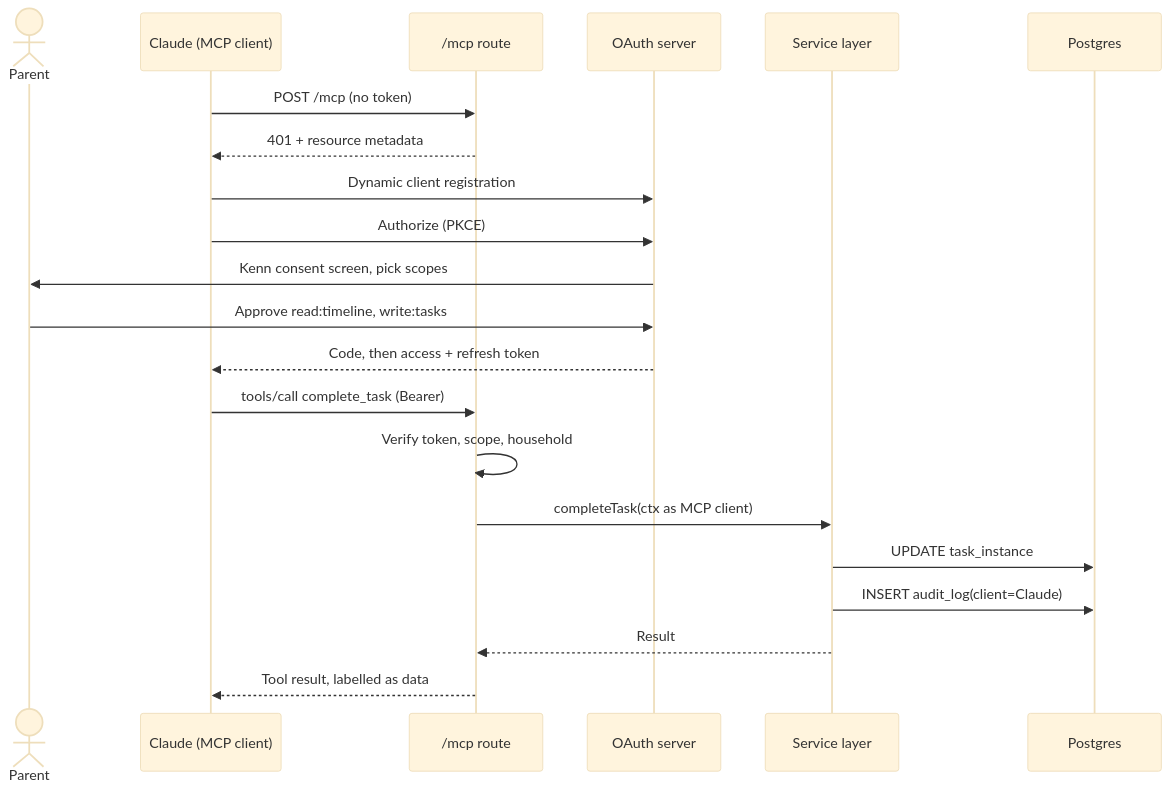
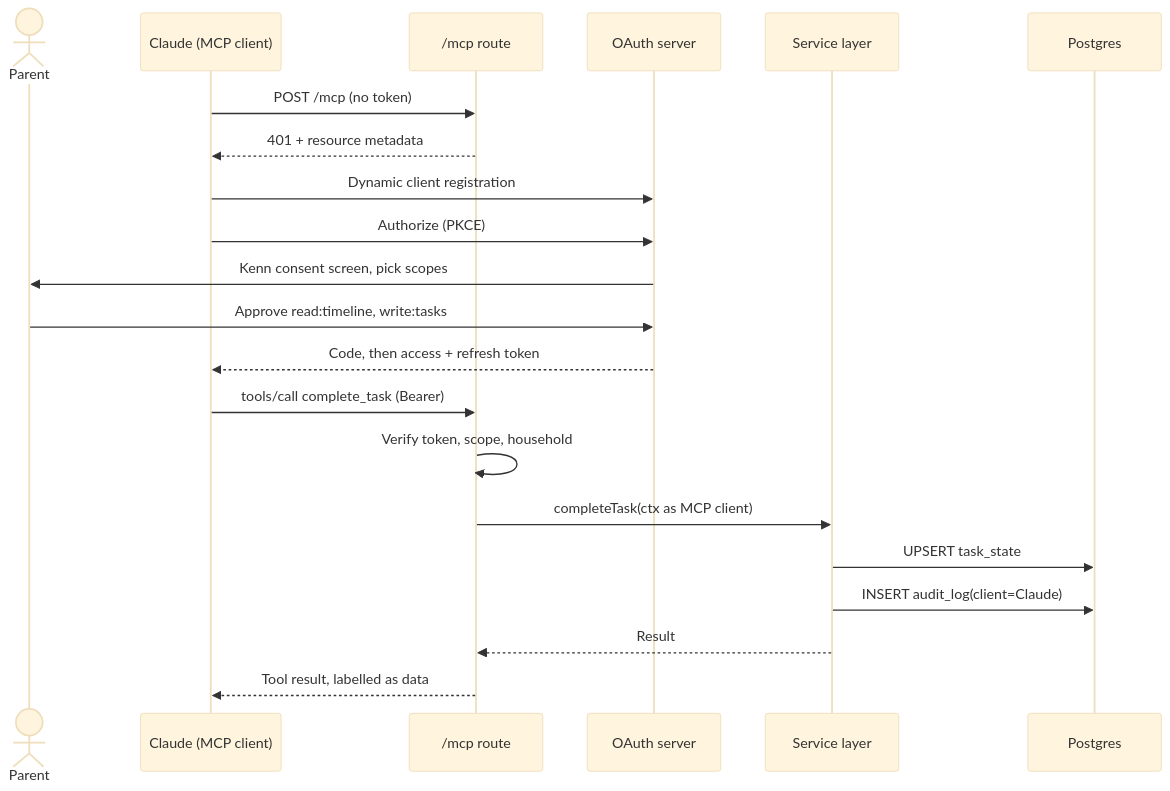
One commit to DorFerenc/Kenn changed the fifth of 12 diagrams in docs/architecture.md. Above: the diagram before and after it, drawn with Mermaid (base theme). The commit also changed other lines of this file and 8 other files, not shown here.

````diff
--- a/docs/architecture.md
+++ b/docs/architecture.md
@@ -244,23 +248,23 @@
 ```mermaid
 sequenceDiagram
   actor P as Parent
   participant C as Claude (MCP client)
   participant M as /mcp route
   participant O as OAuth server
   participant S as Service layer
   participant DB as Postgres
   C->>M: POST /mcp (no token)
   M-->>C: 401 + resource metadata
   C->>O: Dynamic client registration
   C->>O: Authorize (PKCE)
   O->>P: Kenn consent screen, pick scopes
   P->>O: Approve read:timeline, write:tasks
   O-->>C: Code, then access + refresh token
   C->>M: tools/call complete_task (Bearer)
   M->>M: Verify token, scope, household
   M->>S: completeTask(ctx as MCP client)
-  S->>DB: UPDATE task_instance
+  S->>DB: UPSERT task_state
   S->>DB: INSERT audit_log(client=Claude)
   S-->>M: Result
   M-->>C: Tool result, labelled as data
 ```
````
